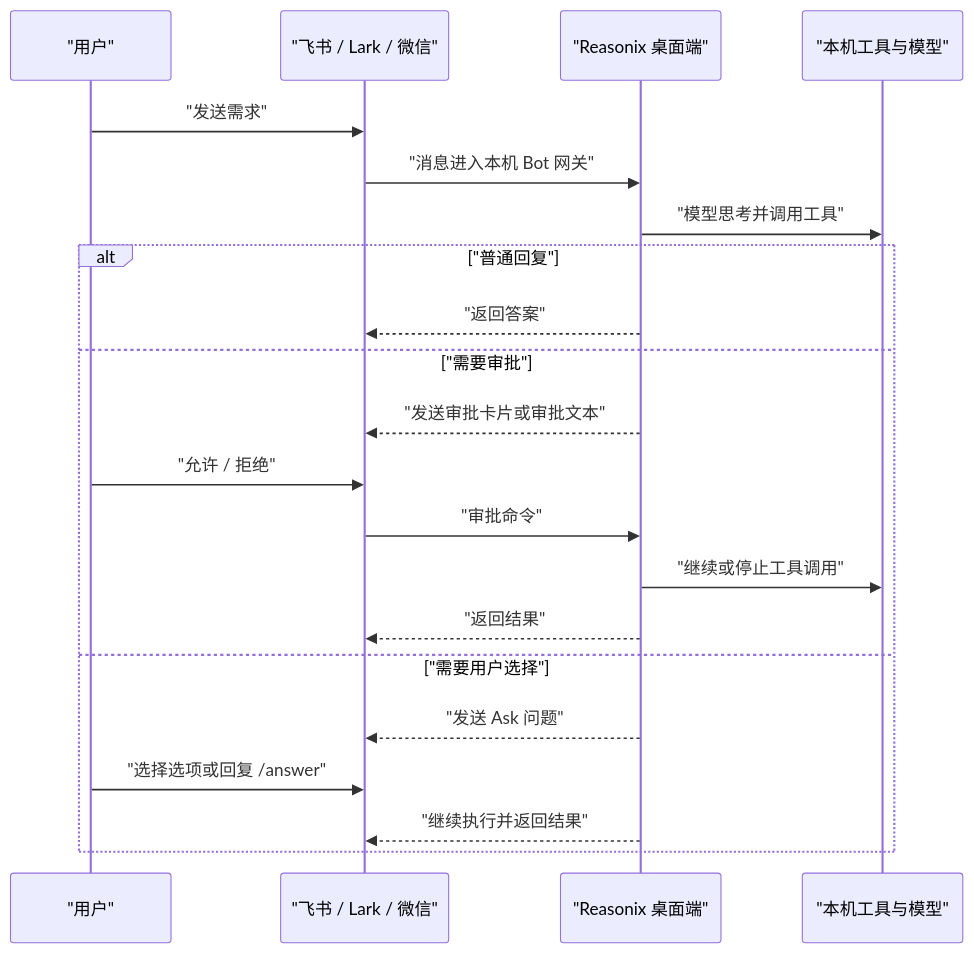
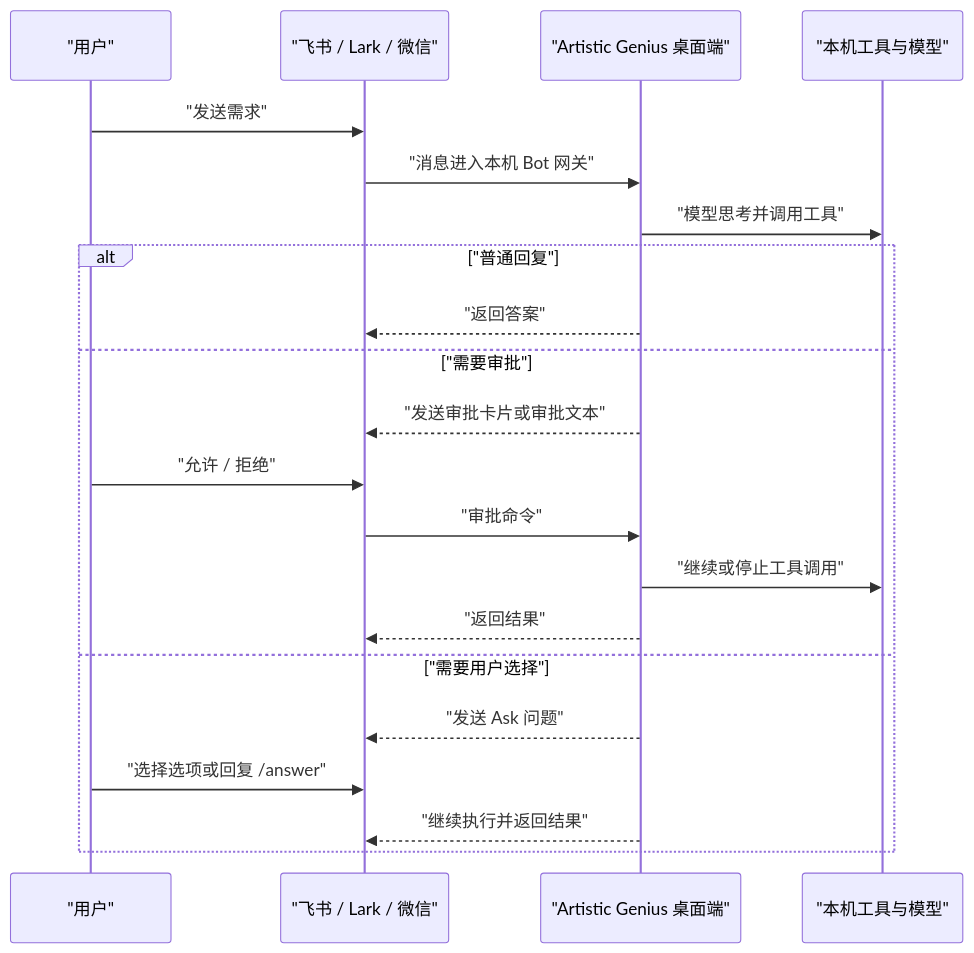
The second of 3 diagrams in docs/BOT_GUIDE.zh-CN.md (Li-Charles-One/artistic-genius), drawn with Mermaid before and after one commit. The commit also changed other lines of this file and 499 other files, not shown here.

Commit message:
rebrand: reset project as Artistic Genius

````diff
--- a/docs/BOT_GUIDE.zh-CN.md
+++ b/docs/BOT_GUIDE.zh-CN.md
@@ -122,24 +122,24 @@
 ```mermaid
 sequenceDiagram
   participant U as "用户"
   participant IM as "飞书 / Lark / 微信"
-  participant R as "Reasonix 桌面端"
+  participant R as "Artistic Genius 桌面端"
   participant T as "本机工具与模型"
 
   U->>IM: "发送需求"
   IM->>R: "消息进入本机 Bot 网关"
   R->>T: "模型思考并调用工具"
   alt "普通回复"
     R-->>IM: "返回答案"
   else "需要审批"
     R-->>IM: "发送审批卡片或审批文本"
     U->>IM: "允许 / 拒绝"
     IM->>R: "审批命令"
     R->>T: "继续或停止工具调用"
     R-->>IM: "返回结果"
   else "需要用户选择"
     R-->>IM: "发送 Ask 问题"
     U->>IM: "选择选项或回复 /answer"
     R-->>IM: "继续执行并返回结果"
   end
 ```
````
